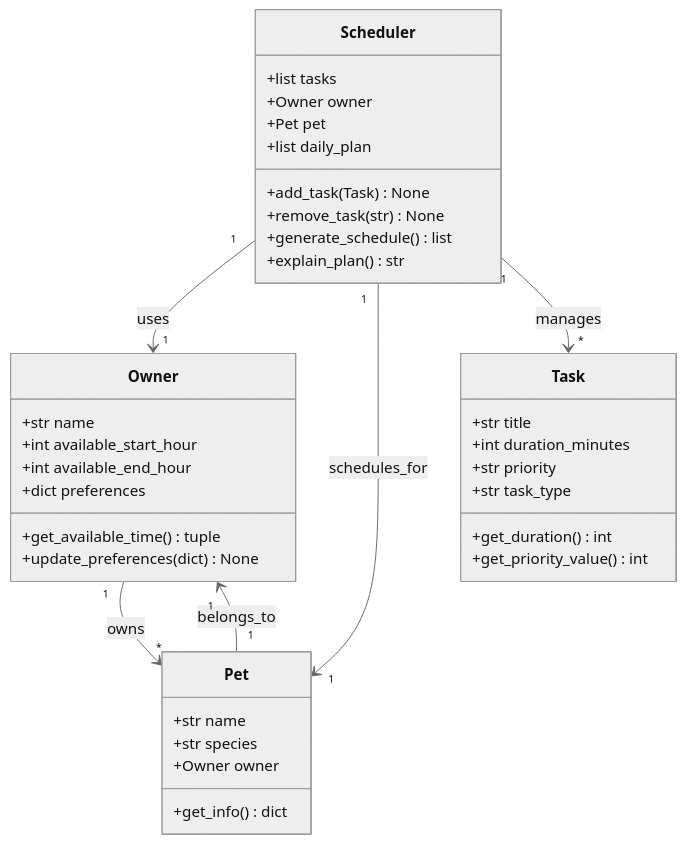
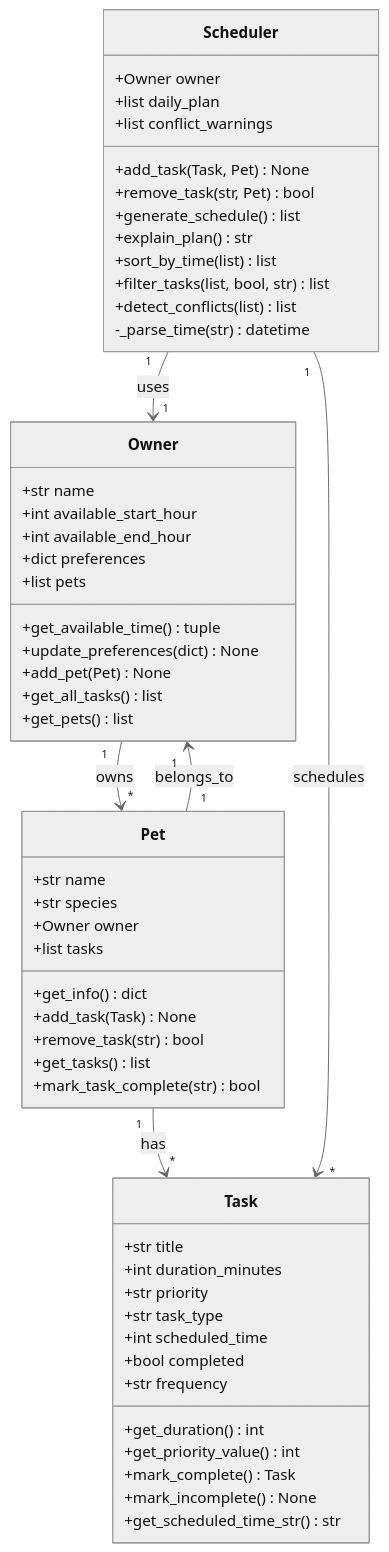
The diagram in uml_diagram.md (atucker2346/ai110-module2show-pawpal-starter), drawn with Mermaid (neutral theme) before and after one commit. The commit also changed other lines of this file and 3 other files, not shown here.

````diff
--- a/uml_diagram.md
+++ b/uml_diagram.md
@@ -3,44 +3,62 @@
 ```mermaid
 classDiagram
     class Owner {
         +str name
         +int available_start_hour
         +int available_end_hour
         +dict preferences
+        +list pets
         +get_available_time() tuple
         +update_preferences(dict) None
+        +add_pet(Pet) None
+        +get_all_tasks() list
+        +get_pets() list
     }
     
     class Pet {
         +str name
         +str species
         +Owner owner
+        +list tasks
         +get_info() dict
+        +add_task(Task) None
+        +remove_task(str) bool
+        +get_tasks() list
+        +mark_task_complete(str) bool
     }
     
     class Task {
         +str title
         +int duration_minutes
         +str priority
         +str task_type
+        +int scheduled_time
+        +bool completed
+        +str frequency
         +get_duration() int
         +get_priority_value() int
+        +mark_complete() Task
+        +mark_incomplete() None
+        +get_scheduled_time_str() str
     }
     
     class Scheduler {
-        +list tasks
         +Owner owner
-        +Pet pet
         +list daily_plan
-        +add_task(Task) None
-        +remove_task(str) None
+        +list conflict_warnings
+        +add_task(Task, Pet) None
+        +remove_task(str, Pet) bool
         +generate_schedule() list
         +explain_plan() str
+        +sort_by_time(list) list
+        +filter_tasks(list, bool, str) list
+        +detect_conflicts(list) list
+        -_parse_time(str) datetime
     }
     
     Owner "1" --> "*" Pet : owns
     Pet "1" --> "1" Owner : belongs_to
+    Pet "1" --> "*" Task : has
     Scheduler "1" --> "1" Owner : uses
-    Scheduler "1" --> "1" Pet : schedules_for
-    Scheduler "1" --> "*" Task : manages
+    Scheduler "1" --> "*" Task : schedules
 ```
````
